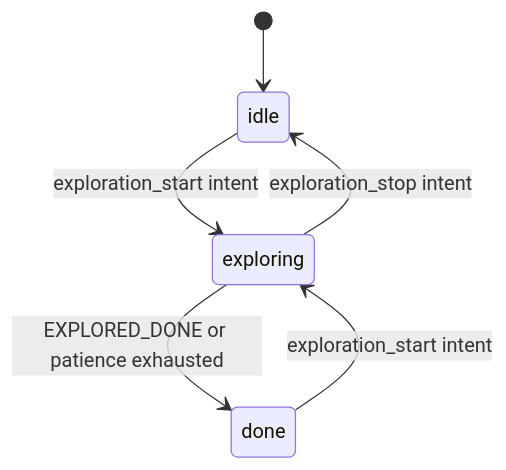
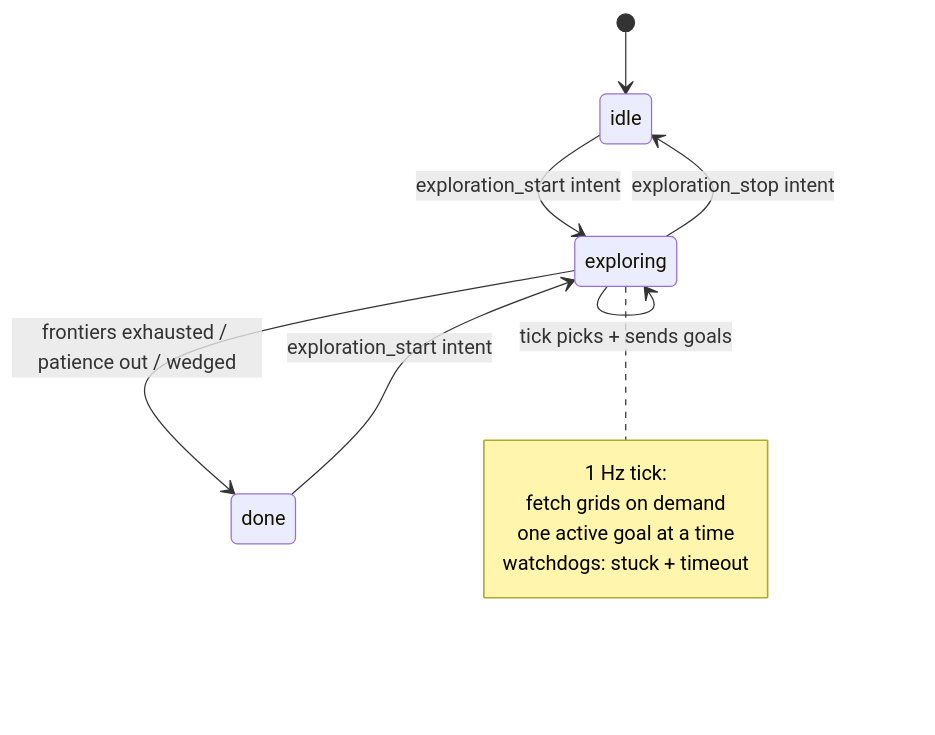
One commit to Boston-Robot-Hackers/dome_nav changed the first of 2 diagrams in 01-literate/09-explorer_manager_node.md. Above: the diagram before and after it, drawn with Mermaid. The commit also changed other lines of this file and 14 other files, not shown here.

First line of the commit message:
docs(literate): regenerate 01-literate + add architecture overview

````diff
--- a/01-literate/09-explorer_manager_node.md
+++ b/01-literate/09-explorer_manager_node.md
@@ -487,8 +22,15 @@
 ```mermaid
 stateDiagram-v2
     [*] --> idle
     idle --> exploring: exploration_start intent
+    exploring --> exploring: tick picks + sends goals
+    exploring --> done: frontiers exhausted / patience out / wedged
+    exploring --> idle: exploration_stop intent
     done --> exploring: exploration_start intent
-    exploring --> done: EXPLORED_DONE or patience exhausted
-    exploring --> idle: exploration_stop intent
+    note right of exploring
+        1 Hz tick:
+        fetch grids on demand
+        one active goal at a time
+        watchdogs: stuck + timeout
+    end note
 ```
````
